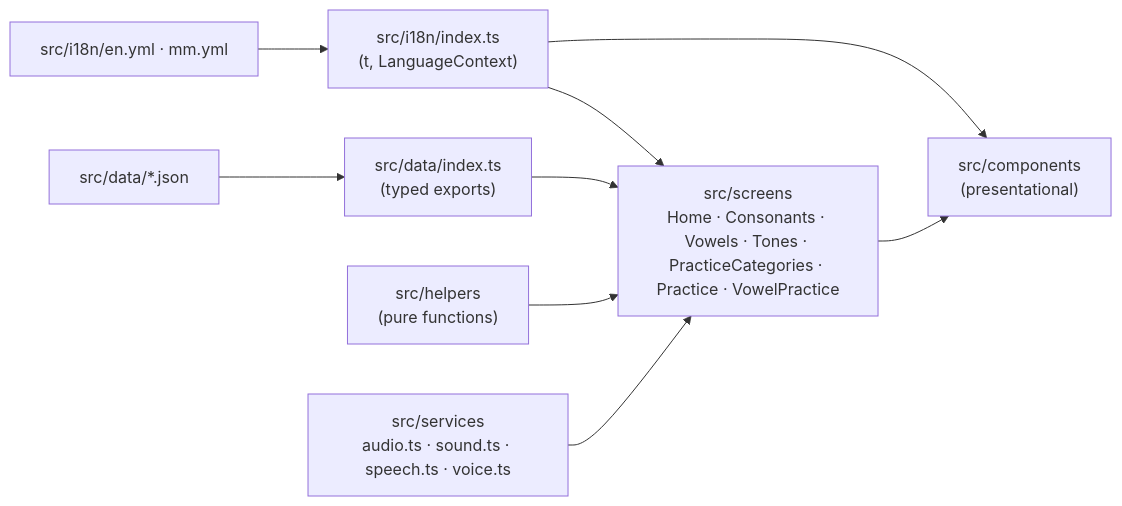
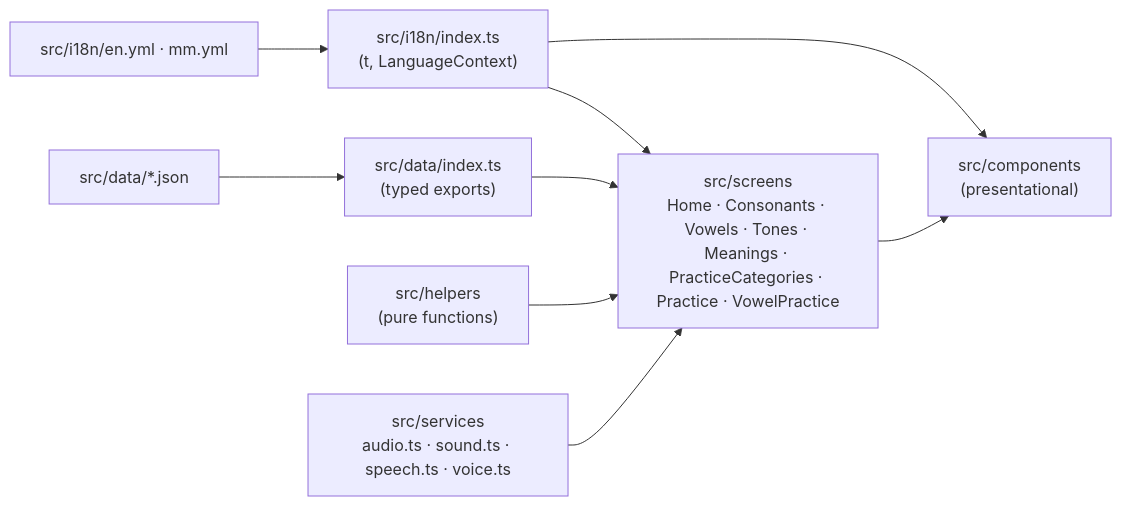
The first of 2 diagrams in docs/architecture.md (MinHan-Kyaw/kaihto), drawn with Mermaid before and after one commit. The commit also changed other lines of this file and 134 other files, not shown here.

````diff
--- a/docs/architecture.md
+++ b/docs/architecture.md
@@ -14,11 +14,11 @@
 ```mermaid
 flowchart LR
   JSON["src/data/*.json"] --> Loader["src/data/index.ts<br/>(typed exports)"]
   Loader --> Screens
   YAML["src/i18n/en.yml · mm.yml"] --> I18n["src/i18n/index.ts<br/>(t, LanguageContext)"]
   I18n --> Screens
   I18n --> Components
   Helpers["src/helpers<br/>(pure functions)"] --> Screens
   Services["src/services<br/>audio.ts · sound.ts · speech.ts · voice.ts"] --> Screens
-  Screens["src/screens<br/>Home · Consonants · Vowels · Tones · PracticeCategories · Practice · VowelPractice"] --> Components["src/components<br/>(presentational)"]
+  Screens["src/screens<br/>Home · Consonants · Vowels · Tones · Meanings · PracticeCategories · Practice · VowelPractice"] --> Components["src/components<br/>(presentational)"]
 ```
````
